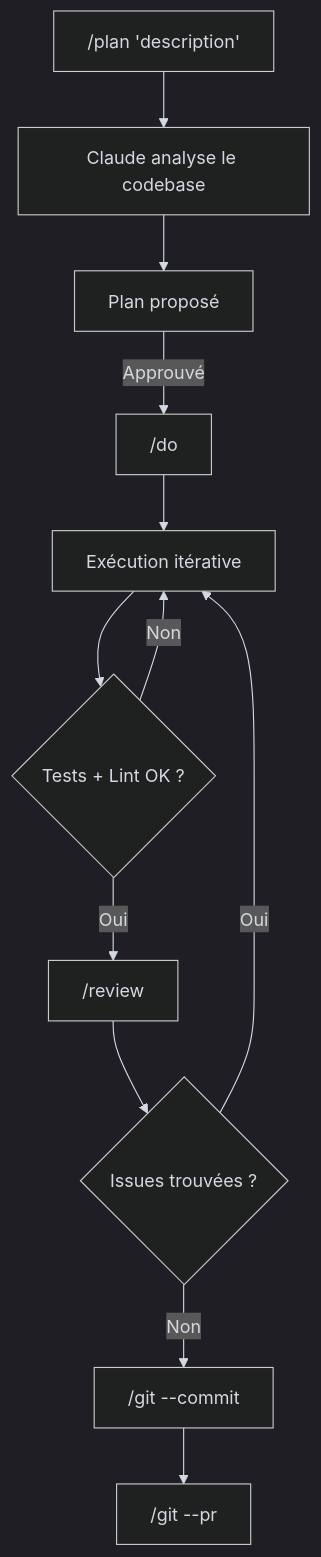
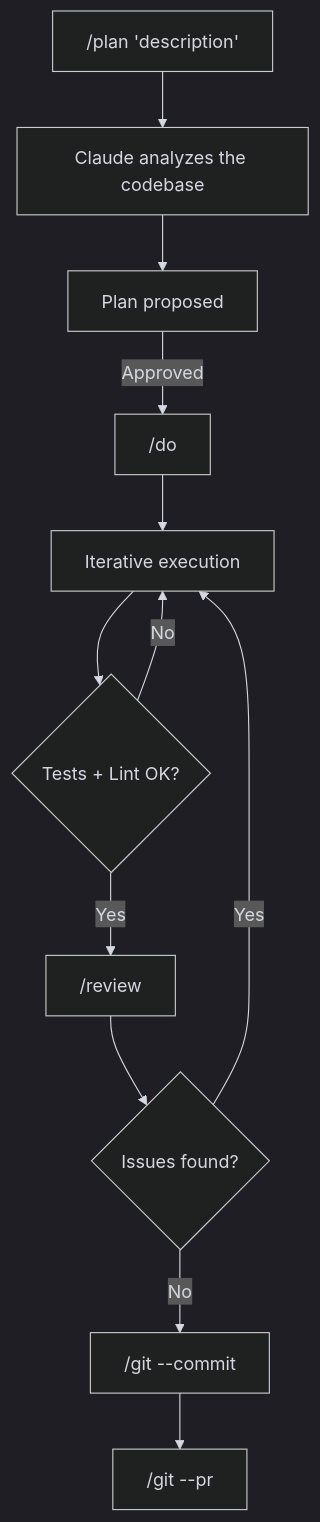
Before and after one commit to kodflow/devcontainer-template: the diagram in docs/getting-started/workflow.md, drawn with Mermaid. The commit also changed other lines of this file and 60 other files, not shown here.

````diff
--- a/docs/getting-started/workflow.md
+++ b/docs/getting-started/workflow.md
@@ -7,21 +7,21 @@
 ```mermaid
 %%{init: {'theme': 'dark', 'themeVariables': {
   'primaryColor': '#9D76FB1a',
   'primaryBorderColor': '#9D76FB',
   'primaryTextColor': '#d4d8e0',
   'lineColor': '#d4d8e0',
   'textColor': '#d4d8e0'
 }}}%%
 flowchart TD
-    A["/plan 'description'"] --> B[Claude analyse le codebase]
-    B --> C[Plan proposé]
-    C -->|Approuvé| D["/do"]
-    D --> E[Exécution itérative]
-    E --> F{Tests + Lint OK ?}
-    F -->|Non| E
-    F -->|Oui| G["/review"]
-    G --> H{Issues trouvées ?}
-    H -->|Oui| E
-    H -->|Non| I["/git --commit"]
+    A["/plan 'description'"] --> B[Claude analyzes the codebase]
+    B --> C[Plan proposed]
+    C -->|Approved| D["/do"]
+    D --> E[Iterative execution]
+    E --> F{Tests + Lint OK?}
+    F -->|No| E
+    F -->|Yes| G["/review"]
+    G --> H{Issues found?}
+    H -->|Yes| E
+    H -->|No| I["/git --commit"]
     I --> J["/git --pr"]
 ```
````
